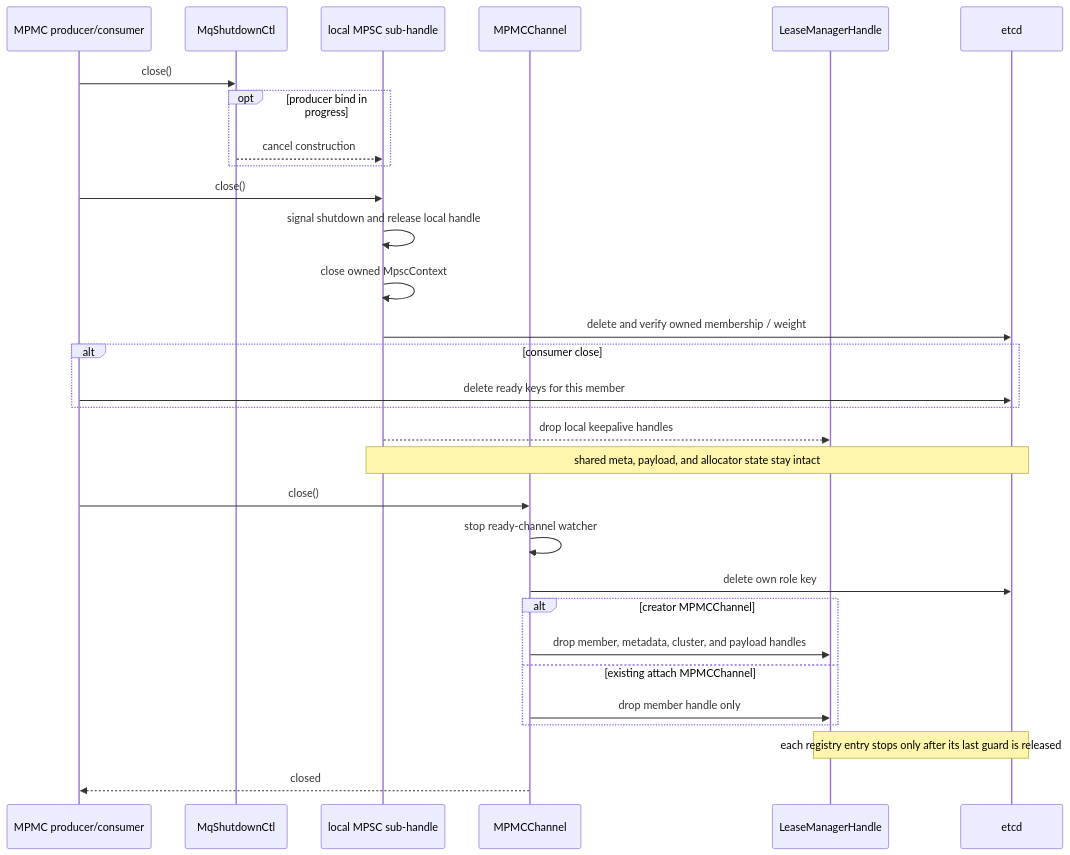
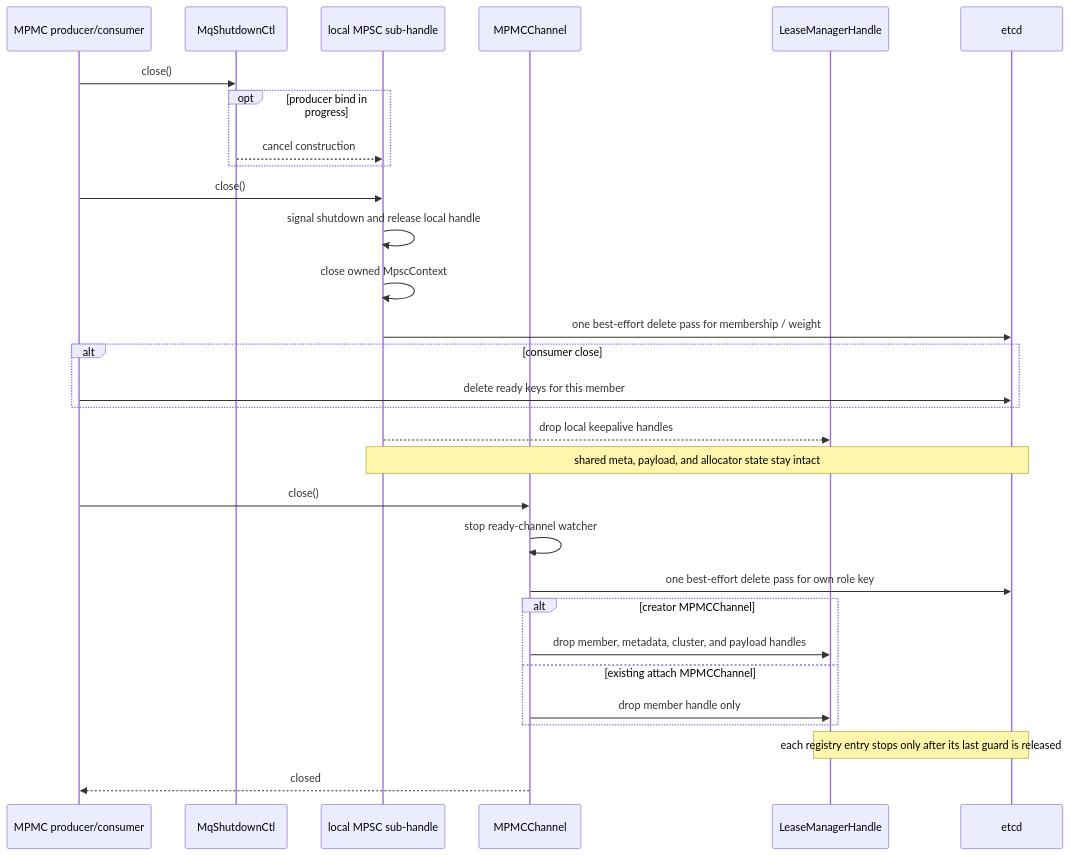
One commit to Tele-AI/Fluxon changed the tenth of 10 diagrams in fluxon_doc_cn/design/mq_1_生命周期与租约设计.md. Above: the diagram before and after it, drawn with Mermaid. The commit also changed other lines of this file and 7 other files, not shown here.

````diff
--- a/fluxon_doc_cn/design/mq_1_生命周期与租约设计.md
+++ b/fluxon_doc_cn/design/mq_1_生命周期与租约设计.md
@@ -531,33 +531,33 @@
 ```mermaid
 sequenceDiagram
     participant Outer as MPMC producer/consumer
     participant S as MqShutdownCtl
     participant Sub as local MPSC sub-handle
     participant Ch as MPMCChannel
     participant LM as LeaseManagerHandle
     participant E as etcd
 
     Outer->>S: close()
     opt producer bind in progress
         S-->>Sub: cancel construction
     end
     Outer->>Sub: close()
     Sub->>Sub: signal shutdown and release local handle
     Sub->>Sub: close owned MpscContext
-    Sub->>E: delete and verify owned membership / weight
+    Sub->>E: one best-effort delete pass for membership / weight
     alt consumer close
         Outer->>E: delete ready keys for this member
     end
     Sub-->>LM: drop local keepalive handles
     Note over Sub,E: shared meta, payload, and allocator state stay intact
     Outer->>Ch: close()
     Ch->>Ch: stop ready-channel watcher
-    Ch->>E: delete own role key
+    Ch->>E: one best-effort delete pass for own role key
     alt creator MPMCChannel
         Ch->>LM: drop member, metadata, cluster, and payload handles
     else existing attach MPMCChannel
         Ch->>LM: drop member handle only
     end
     Note over LM,E: each registry entry stops only after its last guard is released
     Ch-->>Outer: closed
 ```
````
